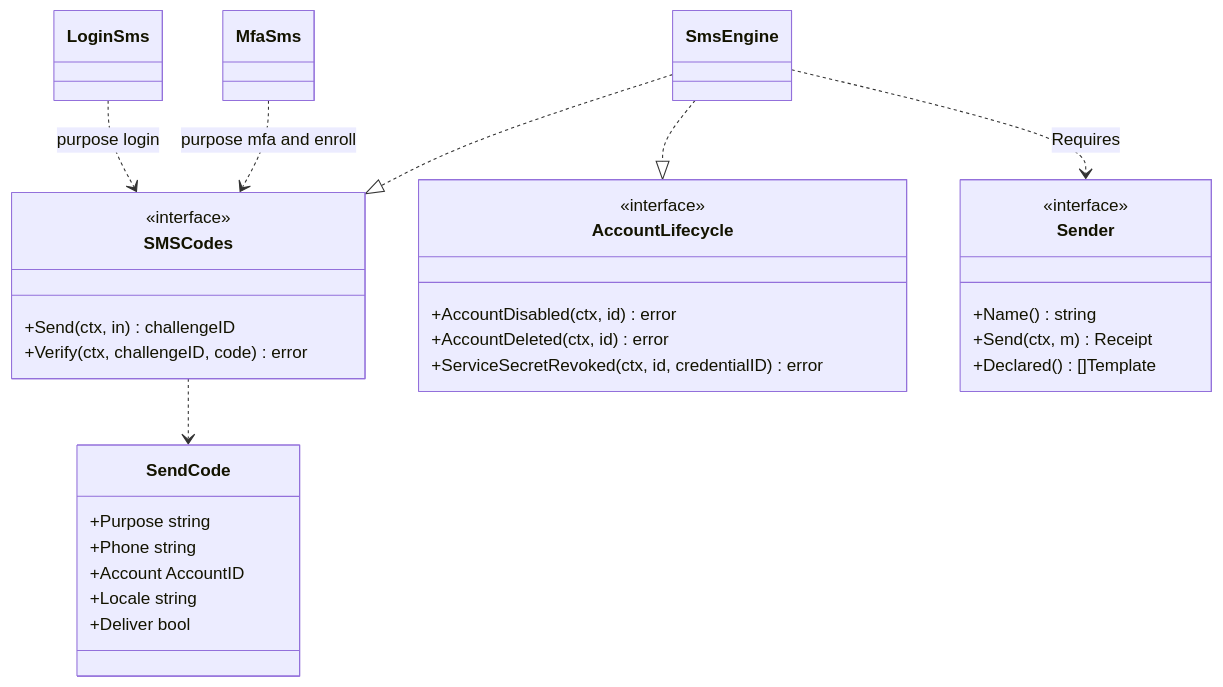
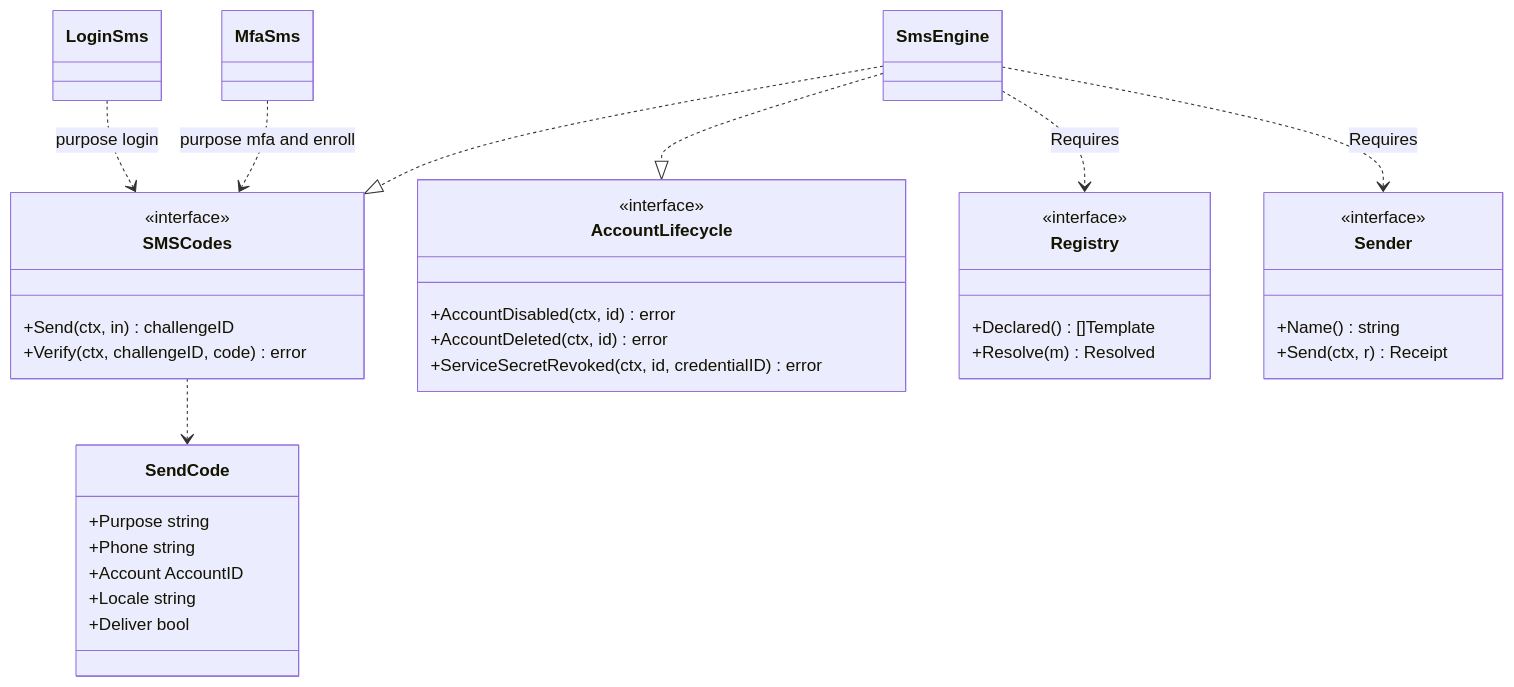
Before and after one commit to wangzw/speed: the first of 4 diagrams in docs/design/modules/authn/design-authn-sms.md, drawn with Mermaid. The commit also changed other lines of this file and 12 other files, not shown here.

````diff
--- a/docs/design/modules/authn/design-authn-sms.md
+++ b/docs/design/modules/authn/design-authn-sms.md
@@ -150,36 +151,41 @@
 ```mermaid
 classDiagram
     class SMSCodes {
         <<interface>>
         +Send(ctx, in) challengeID
         +Verify(ctx, challengeID, code) error
     }
     class AccountLifecycle {
         <<interface>>
         +AccountDisabled(ctx, id) error
         +AccountDeleted(ctx, id) error
         +ServiceSecretRevoked(ctx, id, credentialID) error
     }
+    class Registry {
+        <<interface>>
+        +Declared() []Template
+        +Resolve(m) Resolved
+    }
     class Sender {
         <<interface>>
         +Name() string
-        +Send(ctx, m) Receipt
-        +Declared() []Template
+        +Send(ctx, r) Receipt
     }
     class SendCode {
         +Purpose string
         +Phone string
         +Account AccountID
         +Locale string
         +Deliver bool
     }
     class SmsEngine
     class LoginSms
     class MfaSms
     SmsEngine ..|> SMSCodes
     SmsEngine ..|> AccountLifecycle
+    SmsEngine ..> Registry : Requires
     SmsEngine ..> Sender : Requires
     LoginSms ..> SMSCodes : purpose login
     MfaSms ..> SMSCodes : purpose mfa and enroll
     SMSCodes ..> SendCode
 ```
````
